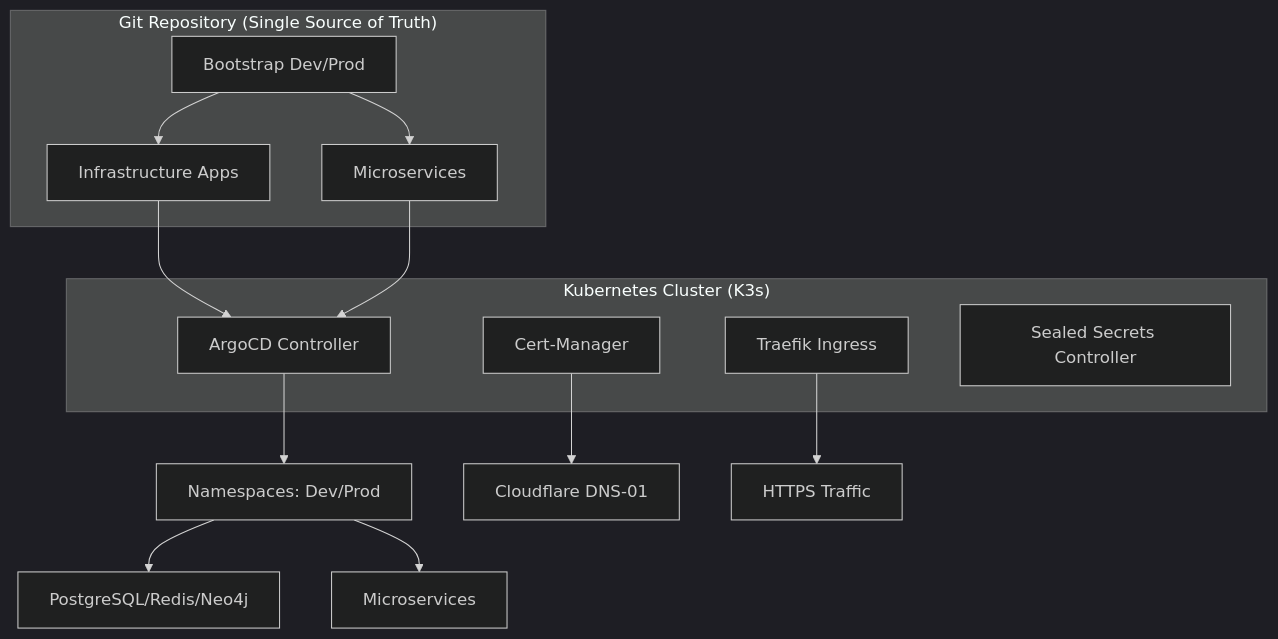
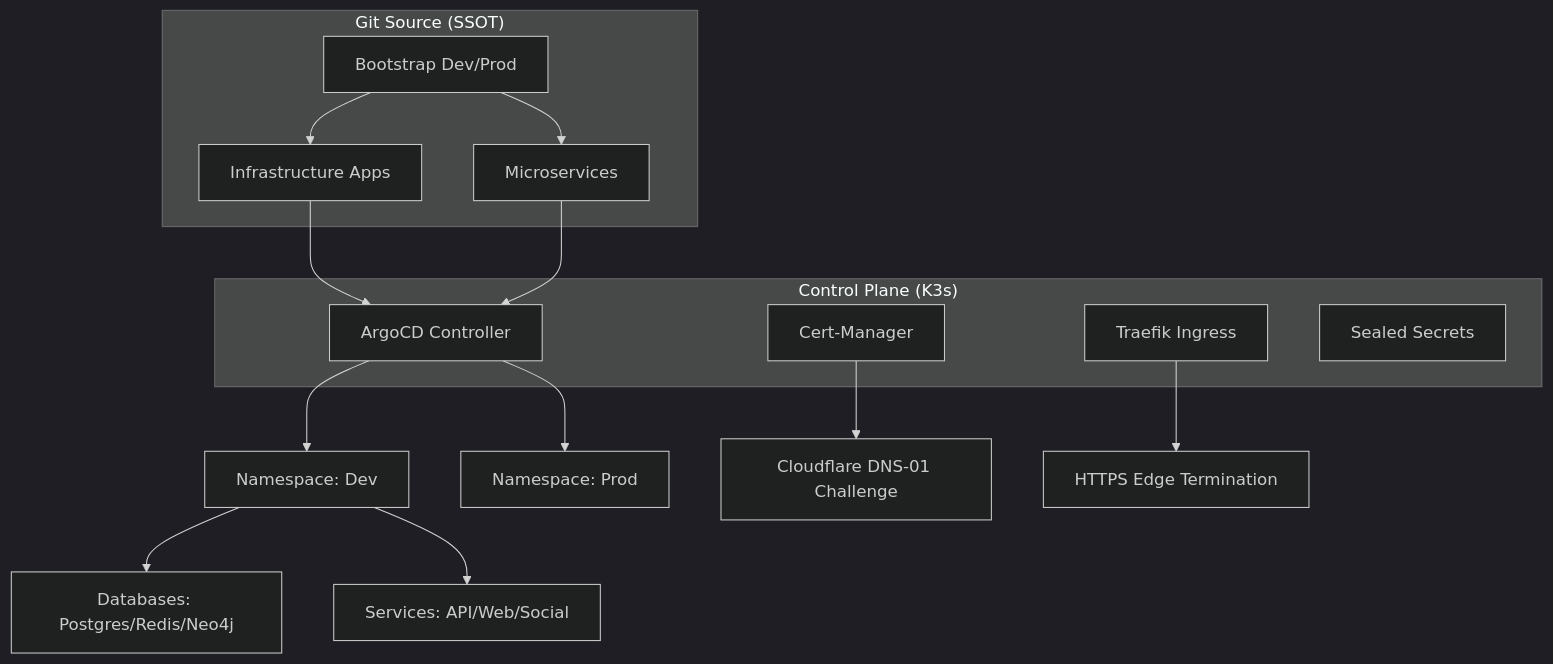
The diagram in README.md (Volontariapp/deploy), drawn with Mermaid (dark theme) before and after one commit. The commit also changed other lines of this file and 2 other files, not shown here.

````diff
--- a/README.md
+++ b/README.md
@@ -10,23 +10,25 @@
 ```mermaid
 graph TD
-    subgraph "Git Repository (Single Source of Truth)"
+    subgraph "Git Source (SSOT)"
         A[Bootstrap Dev/Prod] --> B[Infrastructure Apps]
         A --> C[Microservices]
     end
 
-    subgraph "Kubernetes Cluster (K3s)"
+    subgraph "Control Plane (K3s)"
         D[ArgoCD Controller]
         E[Cert-Manager]
         F[Traefik Ingress]
-        G[Sealed Secrets Controller]
+        G[Sealed Secrets]
     end
 
     B --> D
     C --> D
-    D --> H[Namespaces: Dev/Prod]
-    H --> I[PostgreSQL/Redis/Neo4j]
-    H --> J[Microservices]
-
-    E --> K[Cloudflare DNS-01]
-    F --> L[HTTPS Traffic]
+    D --> H[Namespace: Dev]
+    D --> I[Namespace: Prod]
+    
+    H --> J[Databases: Postgres/Redis/Neo4j]
+    H --> K[Services: API/Web/Social]
+    
+    E --> L[Cloudflare DNS-01 Challenge]
+    F --> M[HTTPS Edge Termination]
 ```
````
